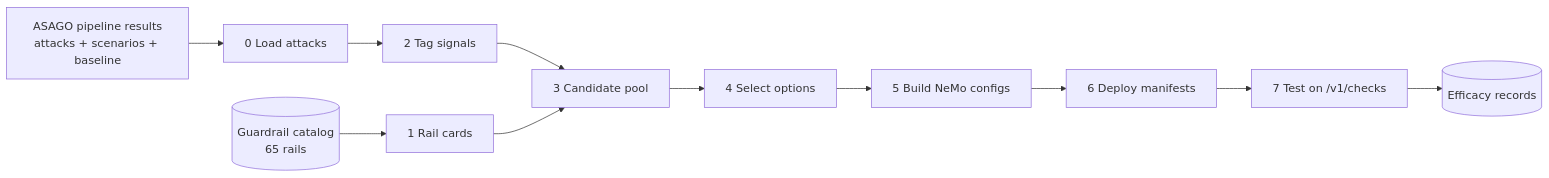
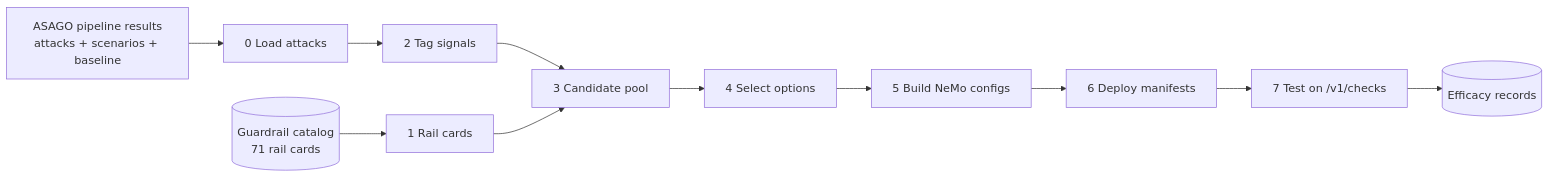
The diagram in README.md (asago-ai/asago-guardrails-recommender), drawn with Mermaid before and after one commit. The commit also changed other lines of this file and 3 other files, not shown here.

````diff
--- a/README.md
+++ b/README.md
@@ -138,13 +167,13 @@
 ```mermaid
 flowchart LR
     P[ASAGO pipeline results<br/>attacks + scenarios + baseline] --> L[0 Load attacks]
-    C[(Guardrail catalog<br/>65 rails)] --> K[1 Rail cards]
+    C[(Guardrail catalog<br/>71 rail cards)] --> K[1 Rail cards]
     L --> T[2 Tag signals]
     T --> S[3 Candidate pool]
     K --> S
     S --> R[4 Select options]
     R --> B[5 Build NeMo configs]
     B --> D[6 Deploy manifests]
     D --> X[7 Test on /v1/checks]
     X --> E[(Efficacy records)]
 ```
````
